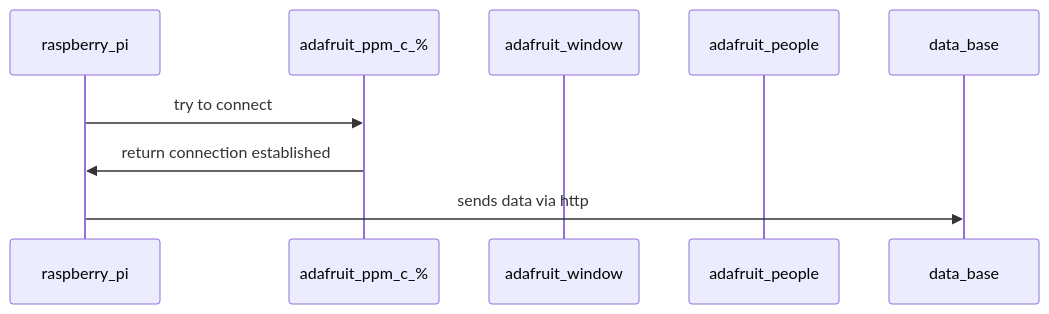
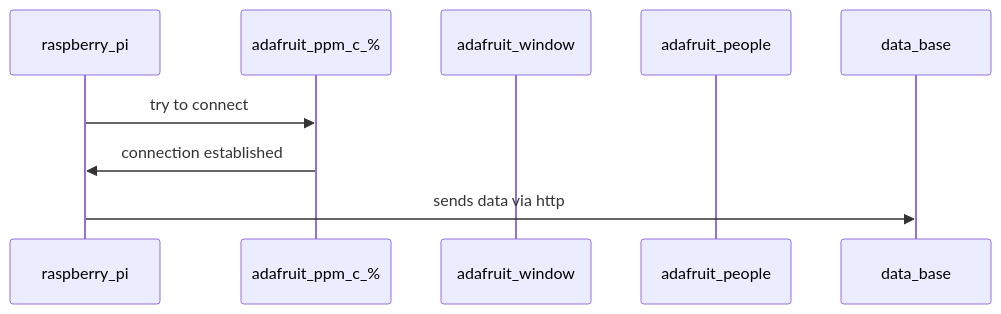
Before and after one commit to nicolarohner1337/smartclassroom: the diagram in abgabe_bericht/software_module_sequenzdiagramme/mainUnit.md, drawn with Mermaid.

````diff
--- a/abgabe_bericht/software_module_sequenzdiagramme/mainUnit.md
+++ b/abgabe_bericht/software_module_sequenzdiagramme/mainUnit.md
@@ -2,11 +2,11 @@
 ```mermaid
 sequenceDiagram
     participant raspberry_pi
     participant adafruit_ppm_c_%
     participant adafruit_window
     participant adafruit_people
     participant data_base
     raspberry_pi->>adafruit_ppm_c_%: try to connect
-    adafruit_ppm_c_%->>raspberry_pi: return connection established
+    adafruit_ppm_c_%->>raspberry_pi: connection established
     raspberry_pi->>data_base: sends data via http
 ```
````
